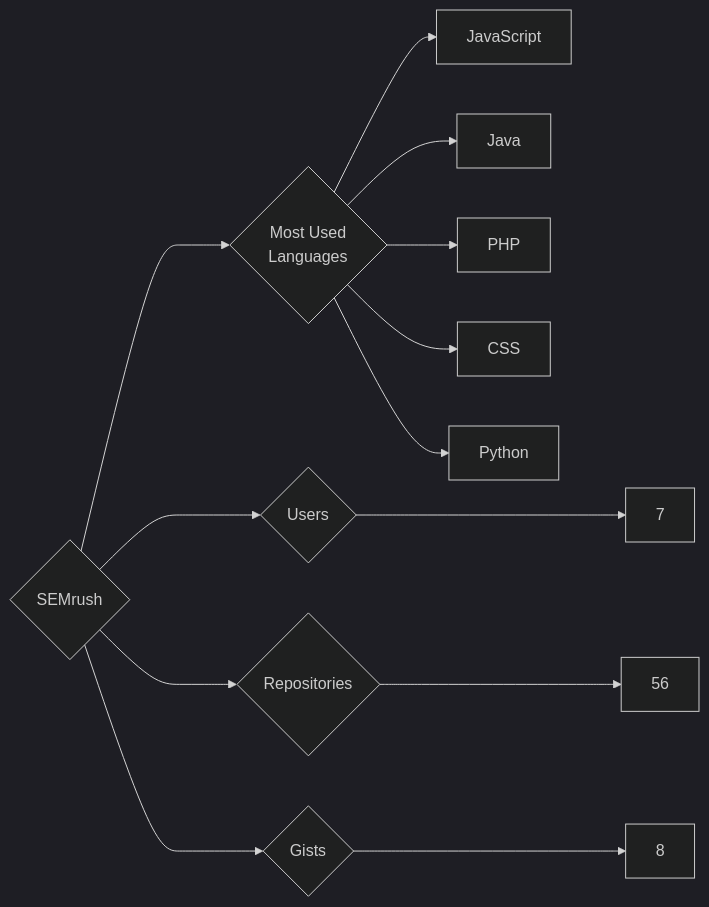
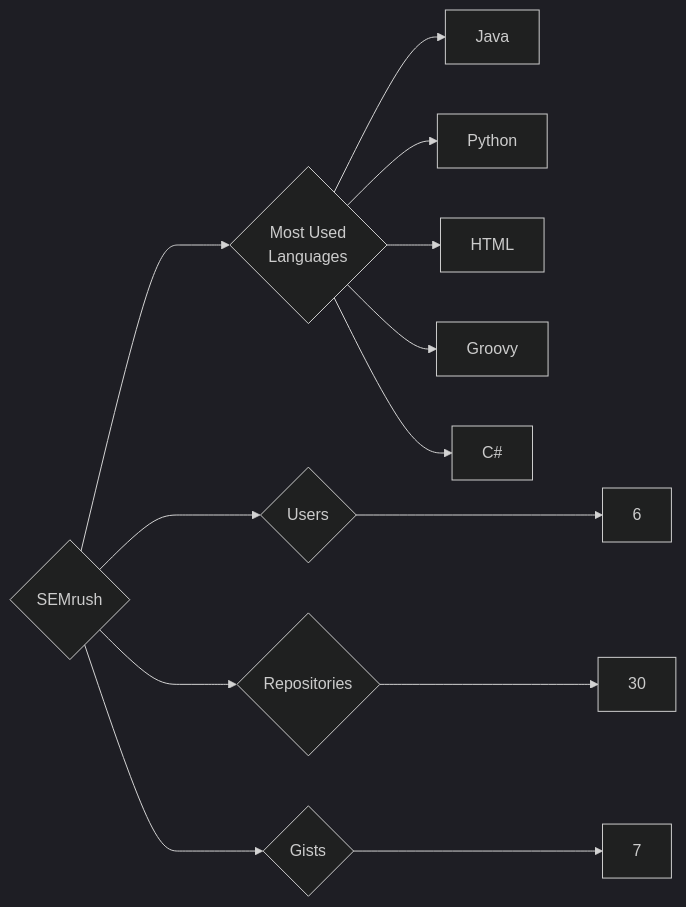
One commit to trickest/insiders changed the diagram in targets/SEMrush/README.md. Above: the diagram before and after it, drawn with Mermaid (dark theme). The commit also changed 920 other files, not shown here.

````diff
--- a/targets/SEMrush/README.md
+++ b/targets/SEMrush/README.md
@@ -3,13 +3,13 @@
 ```mermaid
 graph LR
 COMPANY_NAME{SEMrush}
-COMPANY_NAME ---> U{Users} ---> UN[7]
-COMPANY_NAME ---> R{Repositories} ---> RN[56]
-COMPANY_NAME ---> G{Gists} ---> GN[8]
+COMPANY_NAME ---> U{Users} ---> UN[6]
+COMPANY_NAME ---> R{Repositories} ---> RN[30]
+COMPANY_NAME ---> G{Gists} ---> GN[7]
 COMPANY_NAME ---> ML{Most Used<br>Languages}
-ML --> JavaScript[JavaScript]
 ML --> Java[Java]
-ML --> PHP[PHP]
-ML --> CSS[CSS]
 ML --> Python[Python]
+ML --> HTML[HTML]
+ML --> Groovy[Groovy]
+ML --> C#[C#]
 ```
````
